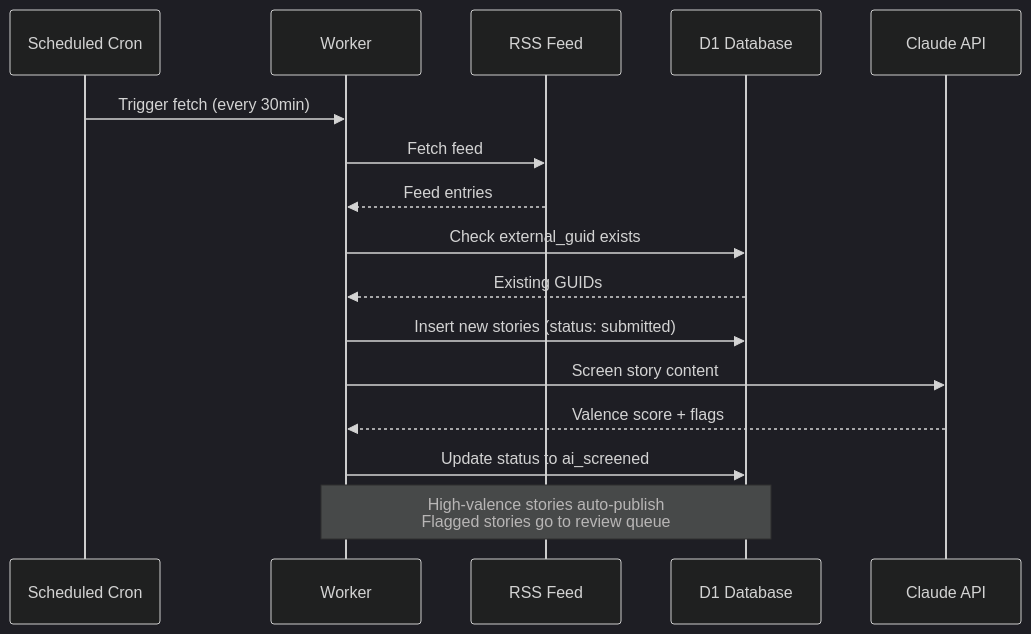
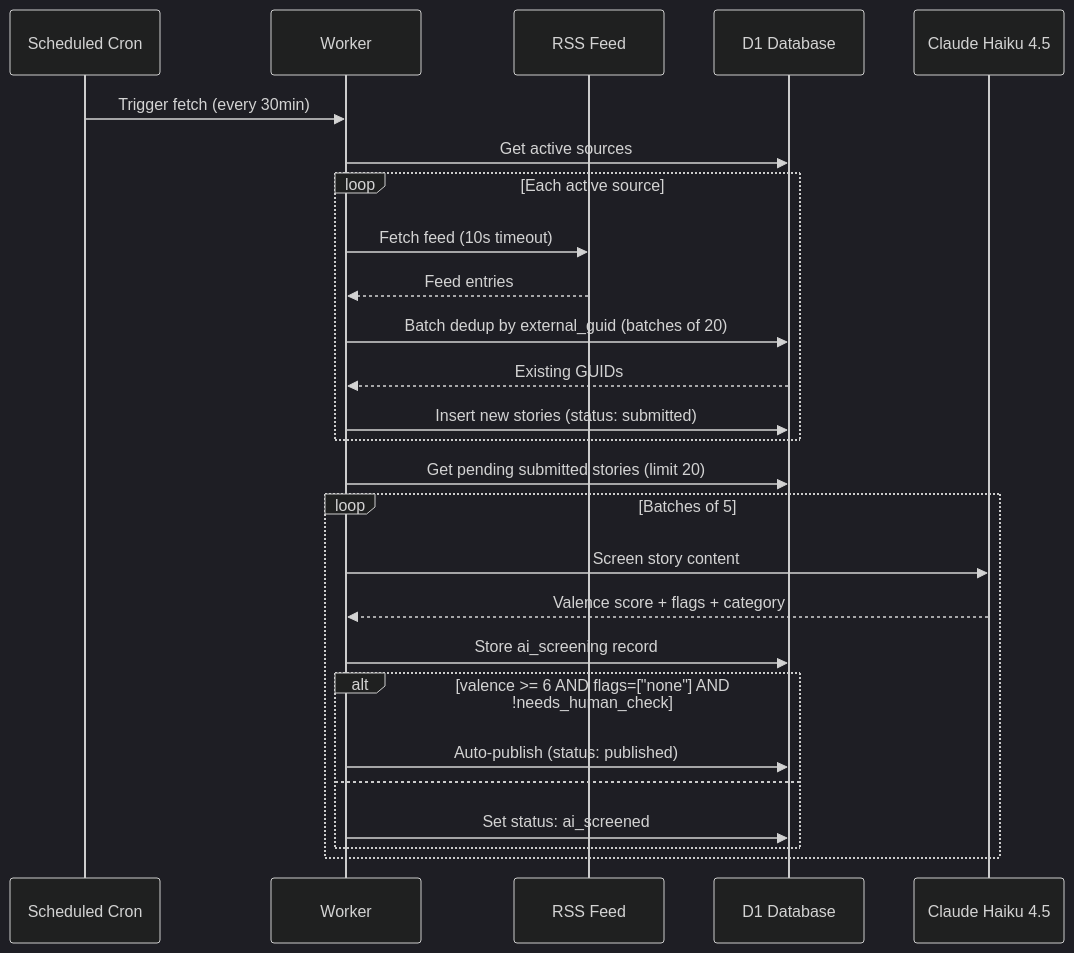
The second of 5 diagrams in docs/architecture.md (nxsh/dochas-times), drawn with Mermaid (dark theme) before and after one commit. The commit also changed other lines of this file and 18 other files, not shown here.

First line of the commit message:
Code review fixes, comprehensive test suite, updated docs and diagrams

````diff
--- a/docs/architecture.md
+++ b/docs/architecture.md
@@ -31,19 +27,29 @@
 ```mermaid
 sequenceDiagram
     participant Cron as Scheduled Cron
     participant Worker as Worker
     participant RSS as RSS Feed
     participant D1 as D1 Database
-    participant AI as Claude API
+    participant AI as Claude Haiku 4.5
 
     Cron->>Worker: Trigger fetch (every 30min)
-    Worker->>RSS: Fetch feed
-    RSS-->>Worker: Feed entries
-    Worker->>D1: Check external_guid exists
-    D1-->>Worker: Existing GUIDs
-    Worker->>D1: Insert new stories (status: submitted)
-    Worker->>AI: Screen story content
-    AI-->>Worker: Valence score + flags
-    Worker->>D1: Update status to ai_screened
-    Note over Worker,D1: High-valence stories auto-publish<br/>Flagged stories go to review queue
+    Worker->>D1: Get active sources
+    loop Each active source
+        Worker->>RSS: Fetch feed (10s timeout)
+        RSS-->>Worker: Feed entries
+        Worker->>D1: Batch dedup by external_guid (batches of 20)
+        D1-->>Worker: Existing GUIDs
+        Worker->>D1: Insert new stories (status: submitted)
+    end
+    Worker->>D1: Get pending submitted stories (limit 20)
+    loop Batches of 5
+        Worker->>AI: Screen story content
+        AI-->>Worker: Valence score + flags + category
+        Worker->>D1: Store ai_screening record
+        alt valence >= 6 AND flags=["none"] AND !needs_human_check
+            Worker->>D1: Auto-publish (status: published)
+        else
+            Worker->>D1: Set status: ai_screened
+        end
+    end
 ```
````
